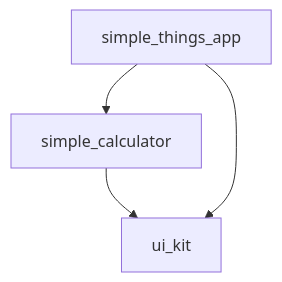
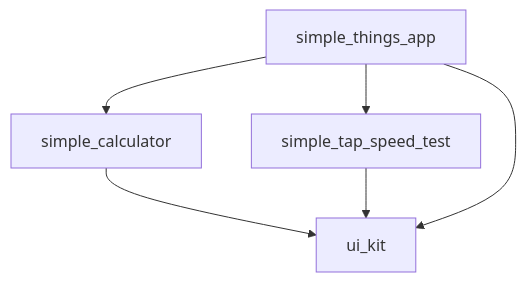
One commit to andrew-pikmi/flutter_monorepo_example changed the first of 2 diagrams in README.md. Above: the diagram before and after it, drawn with Mermaid. The commit also changed other lines of this file, not shown here.

````diff
--- a/README.md
+++ b/README.md
@@ -52,10 +61,13 @@
 ```mermaid
 graph TD
   ui_kit["ui_kit"]
   simple_calculator["simple_calculator"]
+  simple_tap_speed_test["simple_tap_speed_test"]
   simple_things_app["simple_things_app"]
 
   simple_calculator --> ui_kit
+  simple_tap_speed_test --> ui_kit
   simple_things_app --> simple_calculator
+  simple_things_app --> simple_tap_speed_test
   simple_things_app --> ui_kit
 ```
````
